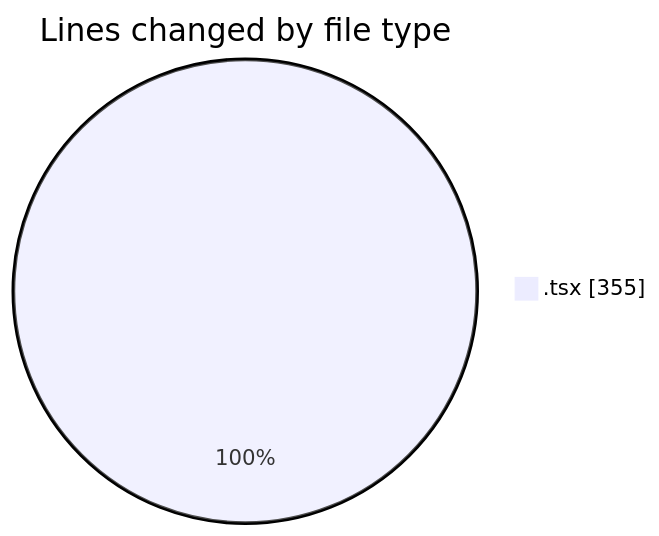
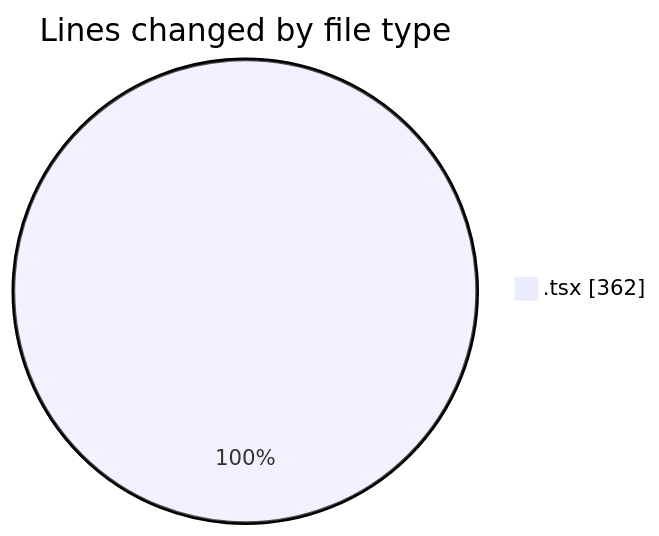
The first of 2 diagrams in 2025-03-10/portofolio/README.md (donsfak/code-tracking), drawn with Mermaid before and after one commit. The commit also changed other lines of this file and 1 other file, not shown here.

````diff
--- a/2025-03-10/portofolio/README.md
+++ b/2025-03-10/portofolio/README.md
@@ -20,5 +20,5 @@
 ```mermaid
 pie showData
 title Lines changed by file type
-".tsx" : 355
+".tsx" : 362
 ```
````
